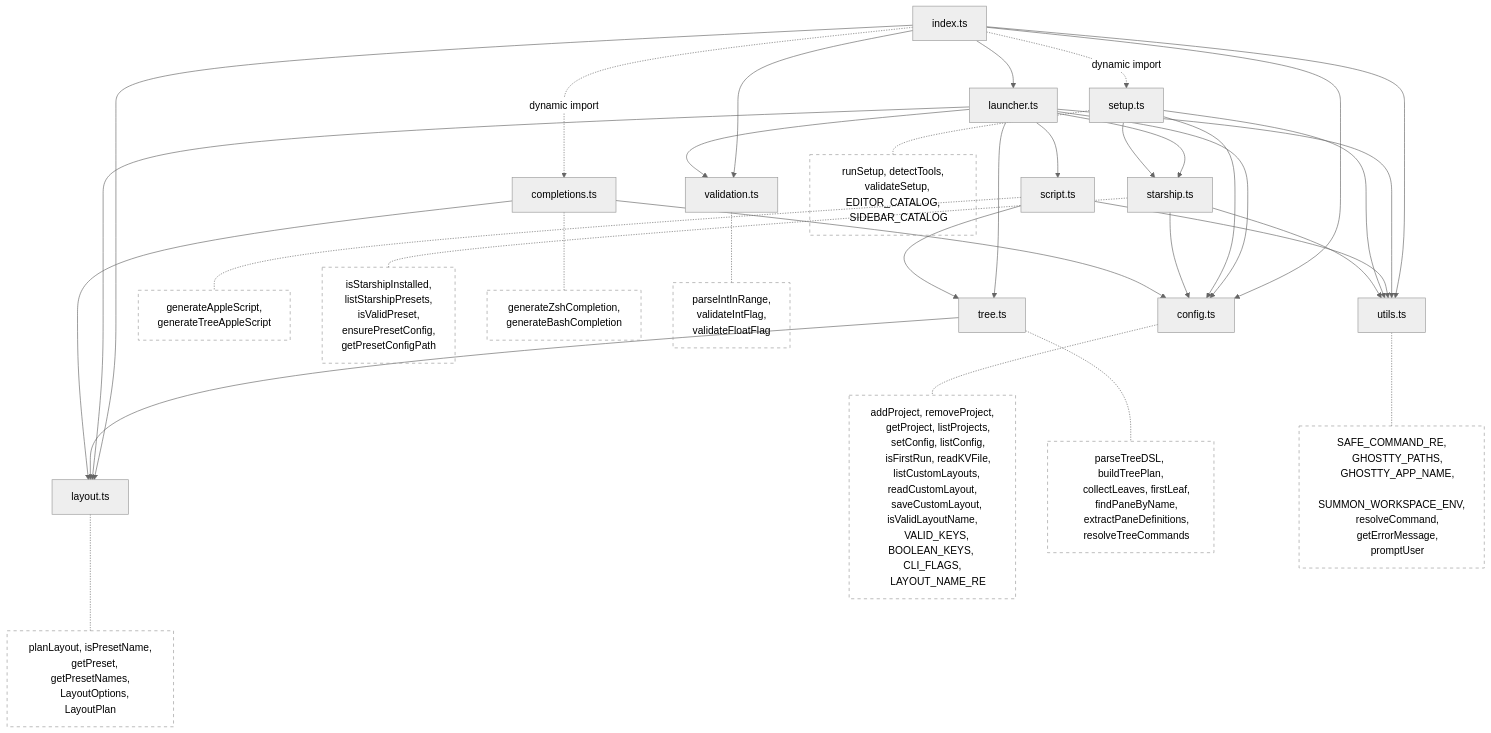
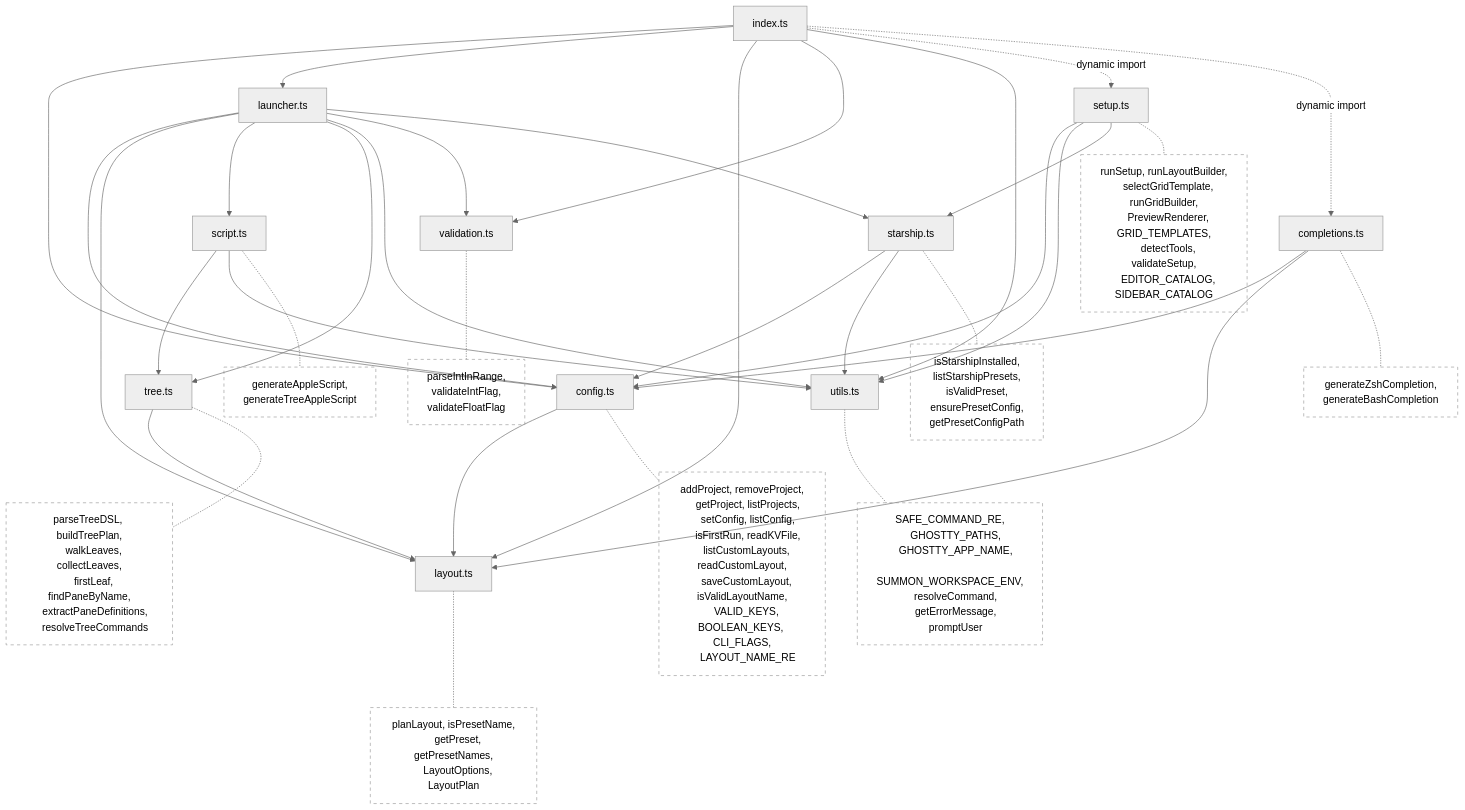
Before and after one commit to juan294/summon: the first of 4 diagrams in docs/architecture.md, drawn with Mermaid (neutral theme). The commit also changed other lines of this file and 4 other files, not shown here.

First line of the commit message:
docs: update documentation for visual layout builder and post-v0.8.0 changes

````diff
--- a/docs/architecture.md
+++ b/docs/architecture.md
@@ -25,76 +25,79 @@
 ```mermaid
 graph TD
     index[index.ts] --> config[config.ts]
     index --> launcher[launcher.ts]
     index --> layout[layout.ts]
     index --> validation[validation.ts]
     index --> utils[utils.ts]
     index -.->|dynamic import| setup[setup.ts]
     index -.->|dynamic import| completions[completions.ts]
     launcher --> config
     launcher --> layout
     launcher --> script[script.ts]
     launcher --> tree[tree.ts]
     launcher --> utils
     launcher --> validation
     launcher --> starship[starship.ts]
     script --> tree
     script --> utils
     tree --> layout
+    config --> layout
     setup --> config
     setup --> utils
     setup --> starship
     starship --> config
     starship --> utils
     completions --> config
     completions --> layout
 
     config -.- cfg_fns["addProject, removeProject,
     getProject, listProjects,
     setConfig, listConfig,
     isFirstRun, readKVFile,
     listCustomLayouts, readCustomLayout,
     saveCustomLayout, isValidLayoutName,
     VALID_KEYS, BOOLEAN_KEYS, CLI_FLAGS,
     LAYOUT_NAME_RE"]
     layout -.- lay_fns["planLayout, isPresetName,
     getPreset, getPresetNames,
     LayoutOptions, LayoutPlan"]
     script -.- scr_fns["generateAppleScript,
     generateTreeAppleScript"]
     tree -.- tree_fns["parseTreeDSL, buildTreePlan,
-    collectLeaves, firstLeaf,
-    findPaneByName,
+    walkLeaves, collectLeaves,
+    firstLeaf, findPaneByName,
     extractPaneDefinitions,
     resolveTreeCommands"]
     utils -.- util_fns["SAFE_COMMAND_RE,
     GHOSTTY_PATHS,
     GHOSTTY_APP_NAME,
     SUMMON_WORKSPACE_ENV,
     resolveCommand,
     getErrorMessage,
     promptUser"]
     starship -.- star_fns["isStarshipInstalled,
     listStarshipPresets,
     isValidPreset,
     ensurePresetConfig,
     getPresetConfigPath"]
-    setup -.- setup_fns["runSetup, detectTools,
-    validateSetup, EDITOR_CATALOG,
-    SIDEBAR_CATALOG"]
+    setup -.- setup_fns["runSetup, runLayoutBuilder,
+    selectGridTemplate, runGridBuilder,
+    PreviewRenderer, GRID_TEMPLATES,
+    detectTools, validateSetup,
+    EDITOR_CATALOG, SIDEBAR_CATALOG"]
     completions -.- comp_fns["generateZshCompletion,
     generateBashCompletion"]
     validation -.- val_fns["parseIntInRange,
     validateIntFlag,
     validateFloatFlag"]
 
     style cfg_fns fill:none,stroke-dasharray:5
     style lay_fns fill:none,stroke-dasharray:5
     style scr_fns fill:none,stroke-dasharray:5
     style tree_fns fill:none,stroke-dasharray:5
     style util_fns fill:none,stroke-dasharray:5
     style setup_fns fill:none,stroke-dasharray:5
     style star_fns fill:none,stroke-dasharray:5
     style comp_fns fill:none,stroke-dasharray:5
     style val_fns fill:none,stroke-dasharray:5
 ```
````
